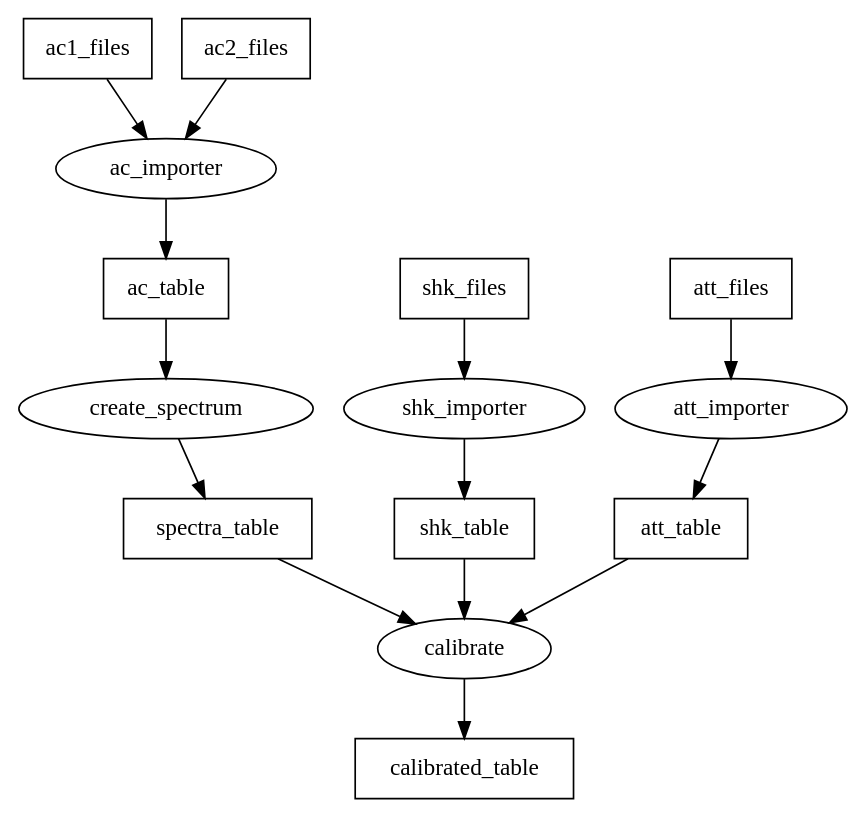
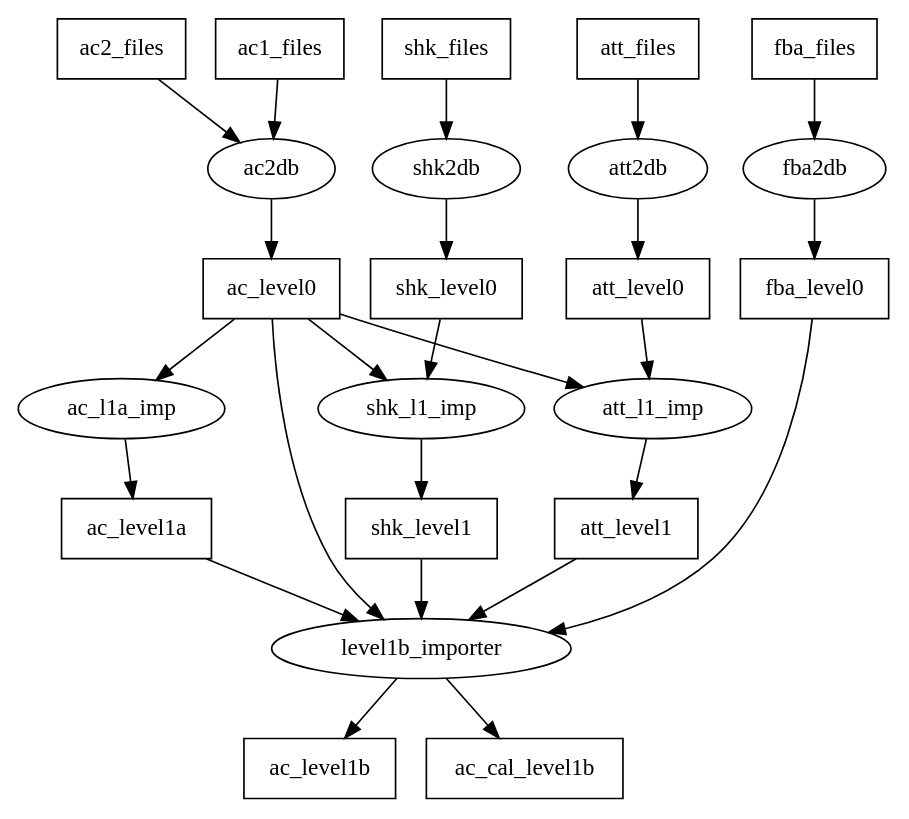
One commit to Odin-SMR/odincal changed the diagram in docs/dataflow.dot. Above: the diagram before and after it, drawn with Graphviz. The commit also changed 4 other files, not shown here.

```diff
--- a/docs/dataflow.dot
+++ b/docs/dataflow.dot
@@ -1,31 +1,34 @@
 digraph g {
 	// file importers
         node [ shape = box];
-        ac1_files; ac2_files;shk_files; att_files; shk_table; ac_table; att_table; spectra_table; calibrated_table;
+        ac1_files; ac2_files;shk_files; att_files; fba_files; shk_level0; ac_level0; att_level0; fba_level0; shk_level1; ac_level1a; att_level1; ac_level1b; ac_cal_level1b;
 	node [shape = oval];
-	ac1_files -> ac_importer;
-	ac2_files -> ac_importer;
-	ac_importer -> ac_table;
-        shk_files -> shk_importer;
-        shk_importer -> shk_table;
-        att_files -> att_importer;
-        att_importer -> att_table;
-        
-        // spectra
-        ac_table -> create_spectrum;
-        create_spectrum -> spectra_table;
+	ac1_files -> ac2db;
+	ac2_files -> ac2db;
+	ac2db -> ac_level0;
+        shk_files -> shk2db;
+        shk2db -> shk_level0;
+        att_files -> att2db;
+        att2db -> att_level0;
+        fba_files -> fba2db;
+        fba2db -> fba_level0;
+	ac_level0 -> ac_l1a_imp;
+	ac_l1a_imp -> ac_level1a;
+	ac_level0 -> att_l1_imp;
+	att_level0 -> att_l1_imp;
+	att_l1_imp -> att_level1;
+ 	ac_level0 ->shk_l1_imp;
+	shk_level0 -> shk_l1_imp;
+	shk_l1_imp -> shk_level1;
+	ac_level0 -> level1b_importer;
+	ac_level1a -> level1b_importer;
+       	att_level1 -> level1b_importer;
+	shk_level1 -> level1b_importer;
+	fba_level0 -> level1b_importer;
+	level1b_importer ->ac_level1b;
+	level1b_importer ->ac_cal_level1b;  
 
-        // calibrate
-        shk_table -> calibrate;
-        att_table -> calibrate;
-	spectra_table -> calibrate;
+        { rank = same; ac1_files; ac2_files; shk_files; fba_files; }
+        { rank = same; ac_level0; shk_level0; fba_level0; att_level0;}
 
-	calibrate -> calibrated_table;
-
-	
-
-//        { rank = same; ac1_files; ac2_files; shk_files; }
-//        { rank = same; acn_table; shk_table; spectra_table; calibrated_table;
-//		att_table;}
-//	{ rank = same; acn_importer; shk_importer; create_spectrum; calibrate; }
 }
```
